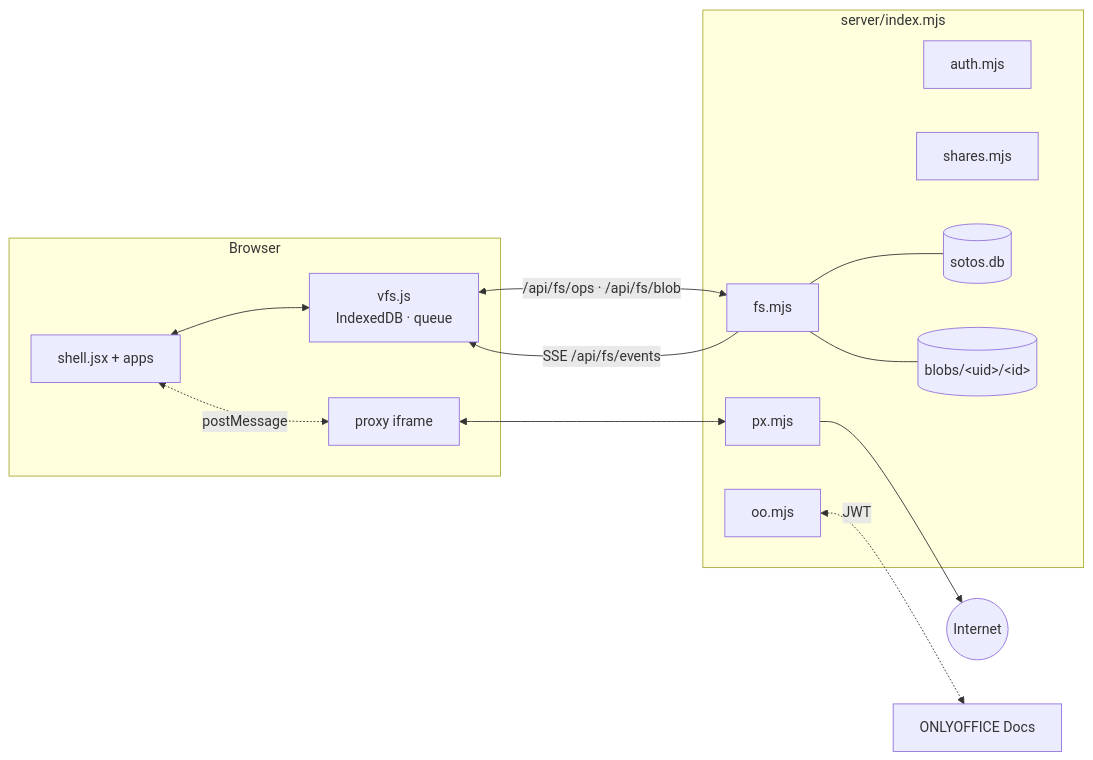
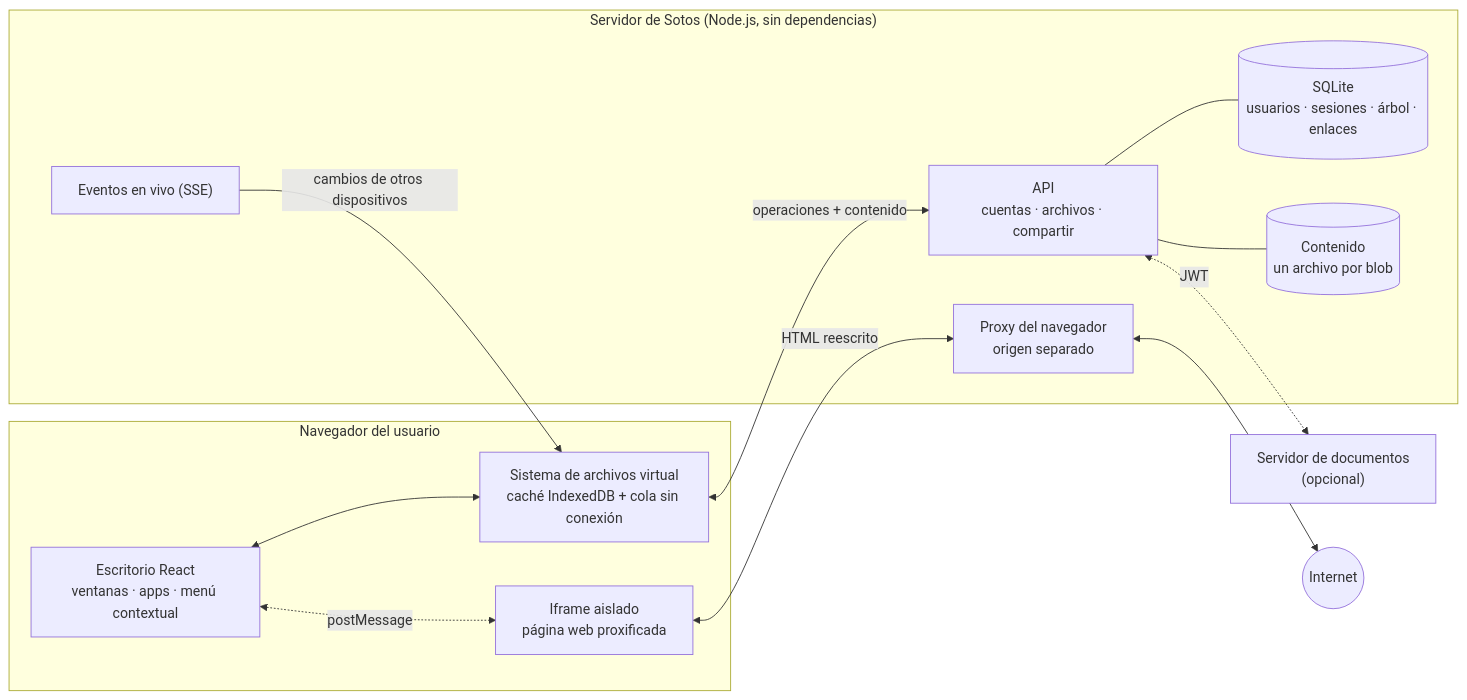
One commit to Softsoto/SotosWeb changed the first of 2 diagrams in README.md. Above: the diagram before and after it, drawn with Mermaid. The commit also changed other lines of this file and 4 other files, not shown here.

````diff
--- a/README.md
+++ b/README.md
@@ -190,17 +363,24 @@
 ```mermaid
 flowchart LR
-  subgraph B["Browser"]
-    UI["shell.jsx + apps"] <--> V["vfs.js<br/>IndexedDB · queue"]
-    UI <-. postMessage .-> F["proxy iframe"]
+  subgraph NAV["Navegador del usuario"]
+    UI["Escritorio React<br/>ventanas · apps · menú contextual"]
+    VFS["Sistema de archivos virtual<br/>caché IndexedDB + cola sin conexión"]
+    IFR["Iframe aislado<br/>página web proxificada"]
+    UI <--> VFS
+    UI <-. "postMessage" .-> IFR
   end
-  subgraph S["server/index.mjs"]
-    A["auth.mjs"] & FS["fs.mjs"] & SH["shares.mjs"] & OO["oo.mjs"]
-    PX["px.mjs"]
-    DB[("sotos.db")] ; BL[("blobs/&lt;uid&gt;/&lt;id&gt;")]
+  subgraph SRV["Servidor de Sotos (Node.js, sin dependencias)"]
+    API["API<br/>cuentas · archivos · compartir"]
+    EV["Eventos en vivo (SSE)"]
+    PX["Proxy del navegador<br/>origen separado"]
+    DB[("SQLite<br/>usuarios · sesiones · árbol · enlaces")]
+    BL[("Contenido<br/>un archivo por blob")]
+    API --- DB
+    API --- BL
   end
-  V <-->|"/api/fs/ops · /api/fs/blob"| FS
-  FS -->|"SSE /api/fs/events"| V
-  F <--> PX --> NET(("Internet"))
-  OO <-.->|JWT| DS["ONLYOFFICE Docs"]
-  FS --- DB & BL
+  VFS <-->|"operaciones + contenido"| API
+  EV -->|"cambios de otros dispositivos"| VFS
+  IFR <-->|"HTML reescrito"| PX
+  PX <--> WEB(("Internet"))
+  API <-.->|"JWT"| OO["Servidor de documentos<br/>(opcional)"]
 ```
````
